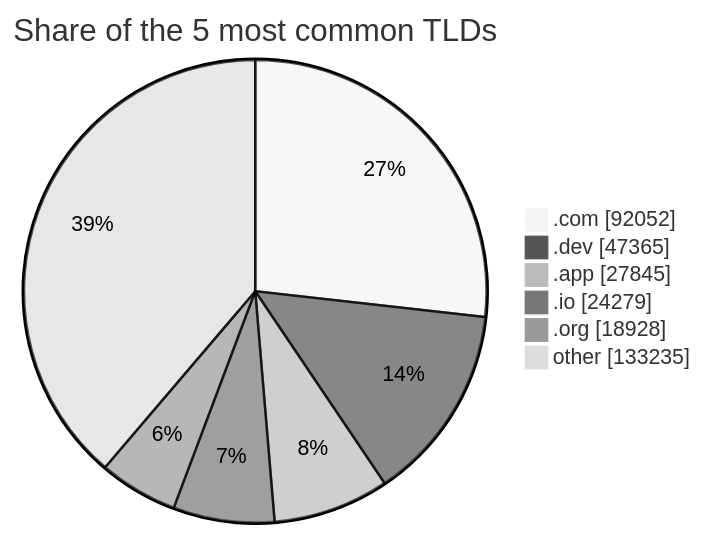
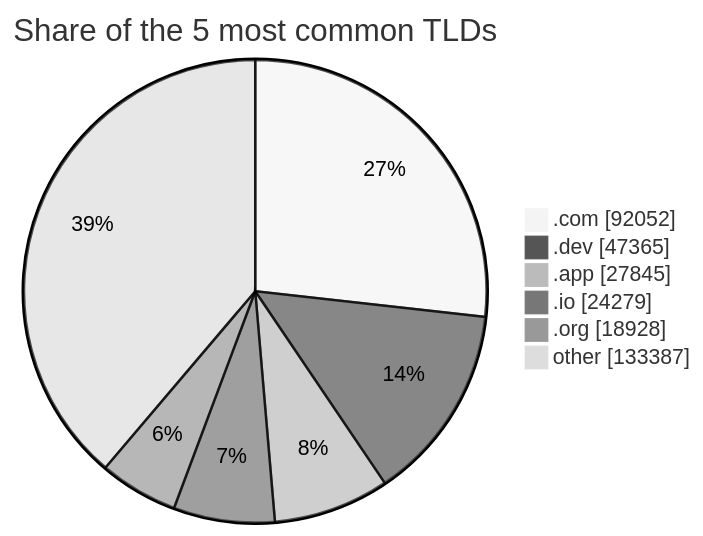
Before and after one commit to DNSBunker/CTI: the third of 3 diagrams in README.md, drawn with Mermaid (neutral theme). The commit also changed other lines of this file and 3 other files, not shown here.

````diff
--- a/README.md
+++ b/README.md
@@ -81,9 +81,9 @@
 ```mermaid
 pie showData title Share of the 5 most common TLDs
     ".com" : 92052
     ".dev" : 47365
     ".app" : 27845
     ".io" : 24279
     ".org" : 18928
-    "other" : 133235
+    "other" : 133387
 ```
````
